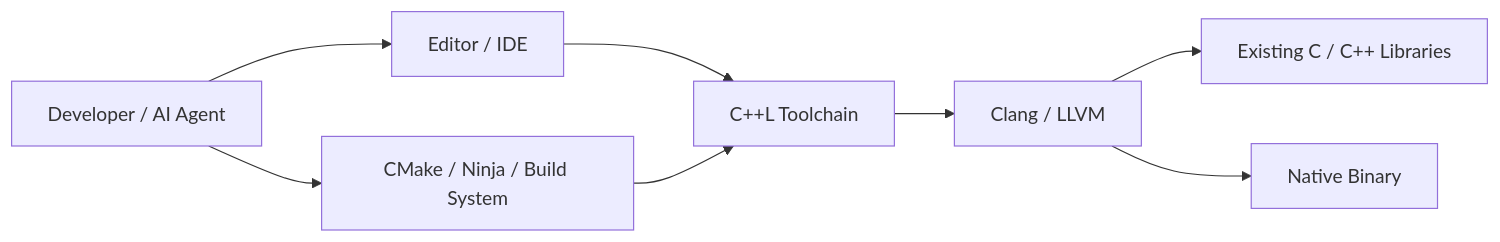
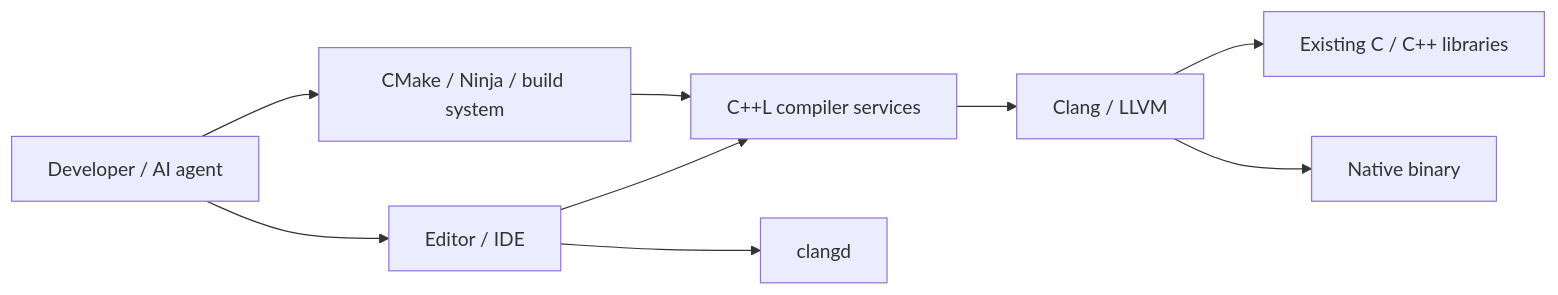
One commit to MattCCC/cppl changed the second of 6 diagrams in docs/ARCHITECTURE.md. Above: the diagram before and after it, drawn with Mermaid. The commit also changed other lines of this file, not shown here.

Commit message:
docs: Update architecture doc

````diff
--- a/docs/ARCHITECTURE.md
+++ b/docs/ARCHITECTURE.md
@@ -261,20 +269,20 @@
 ```mermaid
 flowchart LR
-    DEV["Developer / AI Agent"]
+    HUMAN["Developer / AI agent"]
     IDE["Editor / IDE"]
-    BUILD["CMake / Ninja / Build System"]
-    CPPL["C++L Toolchain"]
+    BUILD["CMake / Ninja / build system"]
+    CPPL["C++L compiler services"]
+    CLANGD["clangd"]
     CLANG["Clang / LLVM"]
-    LIBS["Existing C / C++ Libraries"]
-    BIN["Native Binary"]
+    DEPS["Existing C / C++ libraries"]
+    BIN["Native binary"]
 
-    DEV --> IDE
-    DEV --> BUILD
-
+    HUMAN --> IDE
+    HUMAN --> BUILD
     IDE --> CPPL
+    IDE --> CLANGD
     BUILD --> CPPL
-
     CPPL --> CLANG
-    CLANG --> LIBS
+    CLANG --> DEPS
     CLANG --> BIN
 ```
````
